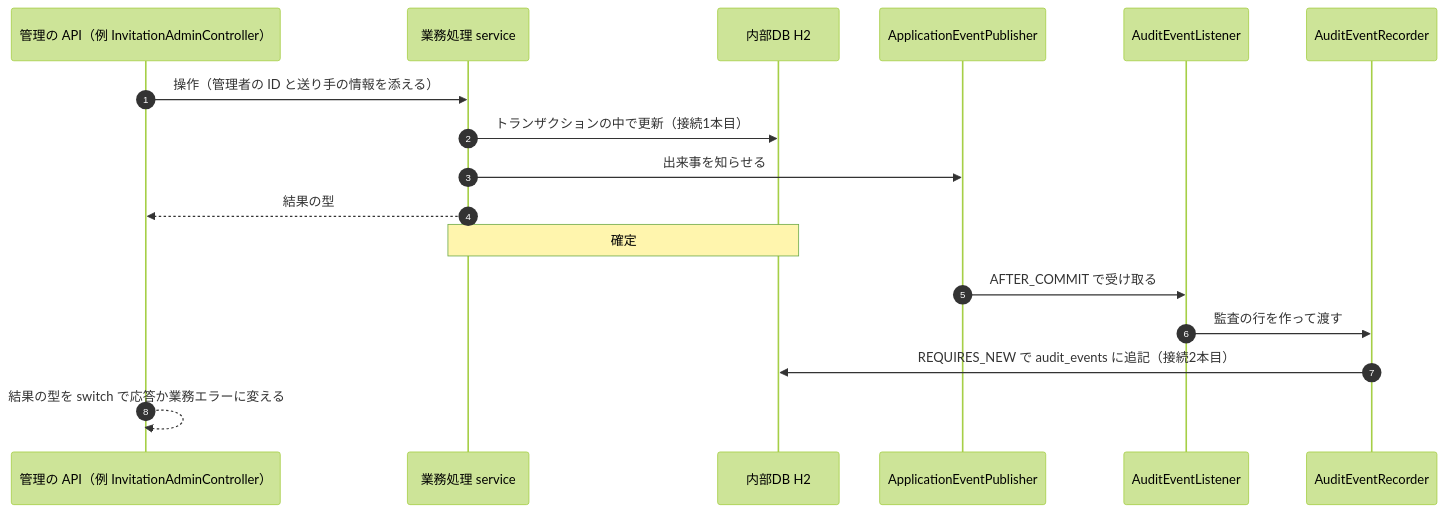
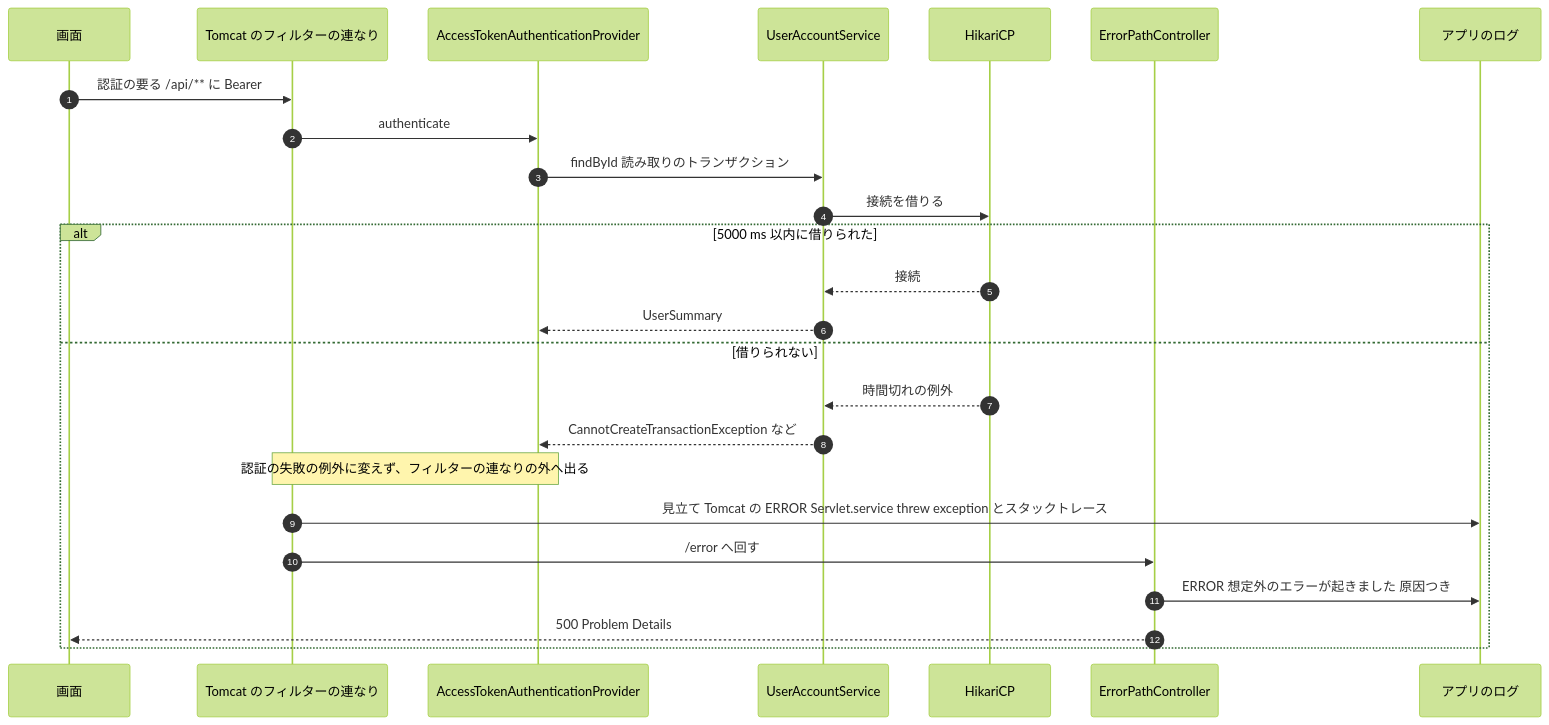
The fifth of 5 diagrams in aidlc/spaces/default/codekb/mastersmith2/architecture.md (agwlvssainokuni/mastersmith2), drawn with Mermaid (forest theme) before and after one commit. The commit also changed other lines of this file and 17 other files, not shown here.

````diff
--- a/aidlc/spaces/default/codekb/mastersmith2/architecture.md
+++ b/aidlc/spaces/default/codekb/mastersmith2/architecture.md
@@ -222,20 +254,28 @@
 ```mermaid
 sequenceDiagram
   autonumber
-  participant C as 管理の API（例 InvitationAdminController）
-  participant S as 業務処理 service
-  participant DB as 内部DB H2
-  participant EP as ApplicationEventPublisher
-  participant AL as AuditEventListener
-  participant AR as AuditEventRecorder
+  participant P as 画面
+  participant TC as Tomcat のフィルターの連なり
+  participant ATP as AccessTokenAuthenticationProvider
+  participant UAS as UserAccountService
+  participant HK as HikariCP
+  participant EPC as ErrorPathController
+  participant LOG as アプリのログ
 
-  C->>S: 操作（管理者の ID と送り手の情報を添える）
-  S->>DB: トランザクションの中で更新（接続1本目）
-  S->>EP: 出来事を知らせる
-  S-->>C: 結果の型
-  Note over S,DB: 確定
-  EP->>AL: AFTER_COMMIT で受け取る
-  AL->>AR: 監査の行を作って渡す
-  AR->>DB: REQUIRES_NEW で audit_events に追記（接続2本目）
-  C-->>C: 結果の型を switch で応答か業務エラーに変える
+  P->>TC: 認証の要る /api/** に Bearer
+  TC->>ATP: authenticate
+  ATP->>UAS: findById 読み取りのトランザクション
+  UAS->>HK: 接続を借りる
+  alt 5000 ms 以内に借りられた
+    HK-->>UAS: 接続
+    UAS-->>ATP: UserSummary
+  else 借りられない
+    HK-->>UAS: 時間切れの例外
+    UAS-->>ATP: CannotCreateTransactionException など
+    Note over ATP,TC: 認証の失敗の例外に変えず、フィルターの連なりの外へ出る
+    TC->>LOG: 見立て Tomcat の ERROR Servlet.service threw exception とスタックトレース
+    TC->>EPC: /error へ回す
+    EPC->>LOG: ERROR 想定外のエラーが起きました 原因つき
+    EPC-->>P: 500 Problem Details
+  end
 ```
````
